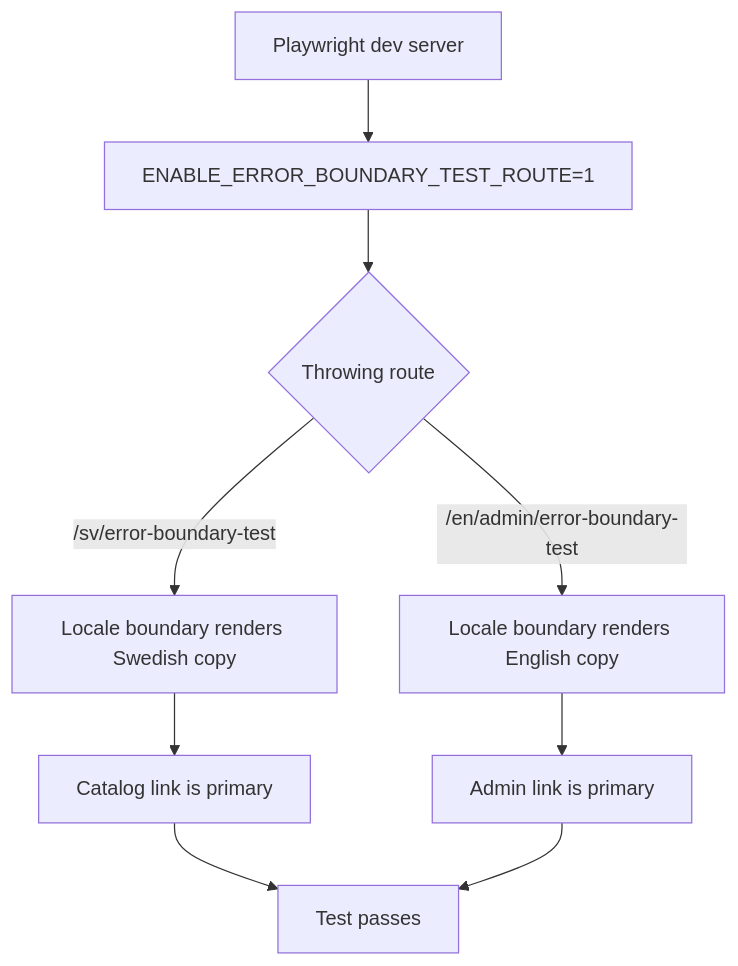
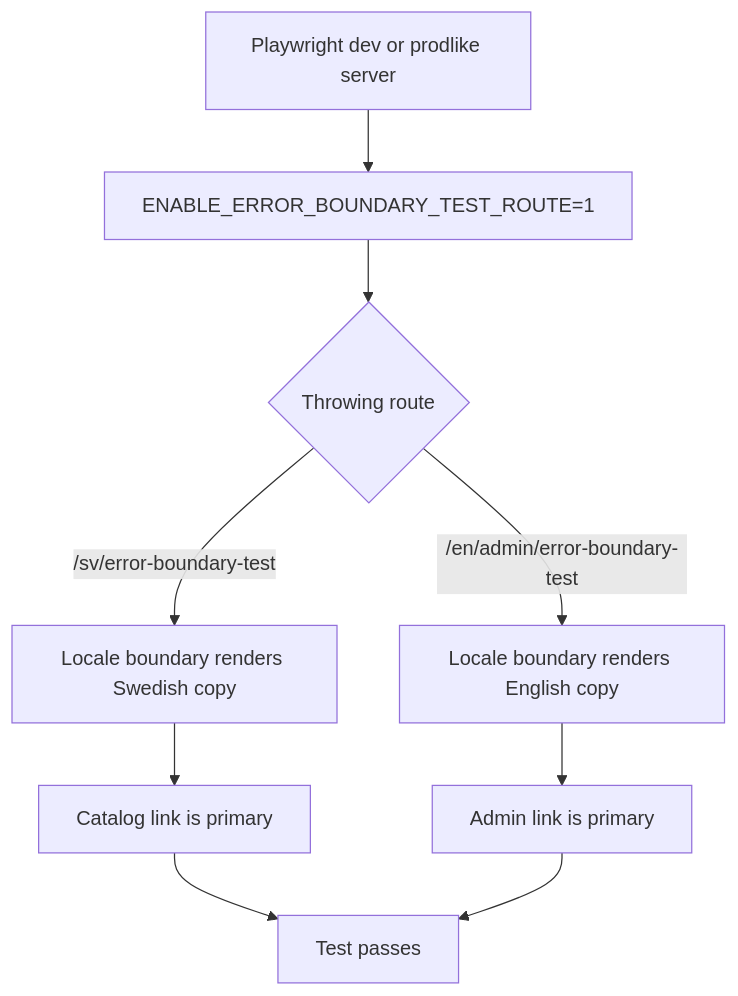
Before and after one commit to viscalyx/Kravhantering: the first of 3 diagrams in tests/integration/error-boundary-smoke.md, drawn with Mermaid. The commit also changed other lines of this file and 6 other files, not shown here.

Commit message:
feat: enable error boundary test route in integration tests and update related components

````diff
--- a/tests/integration/error-boundary-smoke.md
+++ b/tests/integration/error-boundary-smoke.md
@@ -13,11 +13,11 @@
 ```mermaid
 flowchart TD
-    A[Playwright dev server] --> B[ENABLE_ERROR_BOUNDARY_TEST_ROUTE=1]
+    A[Playwright dev or prodlike server] --> B[ENABLE_ERROR_BOUNDARY_TEST_ROUTE=1]
     B --> C{Throwing route}
     C -- /sv/error-boundary-test --> D[Locale boundary renders Swedish copy]
     C -- /en/admin/error-boundary-test --> E[Locale boundary renders English copy]
     D --> F[Catalog link is primary]
     E --> G[Admin link is primary]
     F --> H[Test passes]
     G --> H
 ```
````
